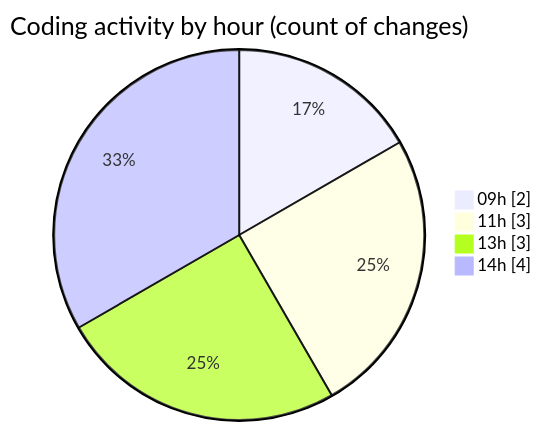
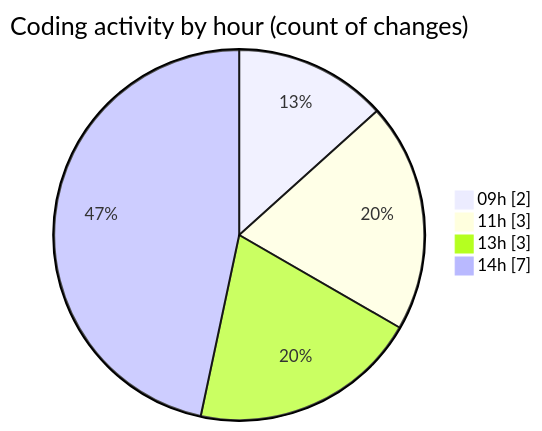
The second of 2 diagrams in 2025-11-10/eventscop-frontend-guide__workspace_/README.md (julien-gomy/code-tracking), drawn with Mermaid before and after one commit. The commit also changed other lines of this file and 1 other file, not shown here.

````diff
--- a/2025-11-10/eventscop-frontend-guide__workspace_/README.md
+++ b/2025-11-10/eventscop-frontend-guide__workspace_/README.md
@@ -34,8 +34,8 @@
 ```mermaid
 pie showData
 title Coding activity by hour (count of changes)
 "09h" : 2
 "11h" : 3
 "13h" : 3
-"14h" : 4
+"14h" : 7
 ```
````
